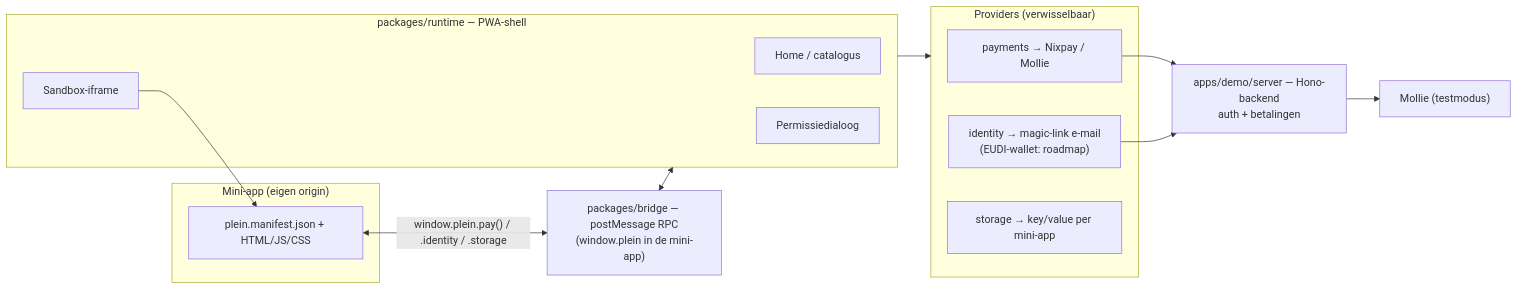
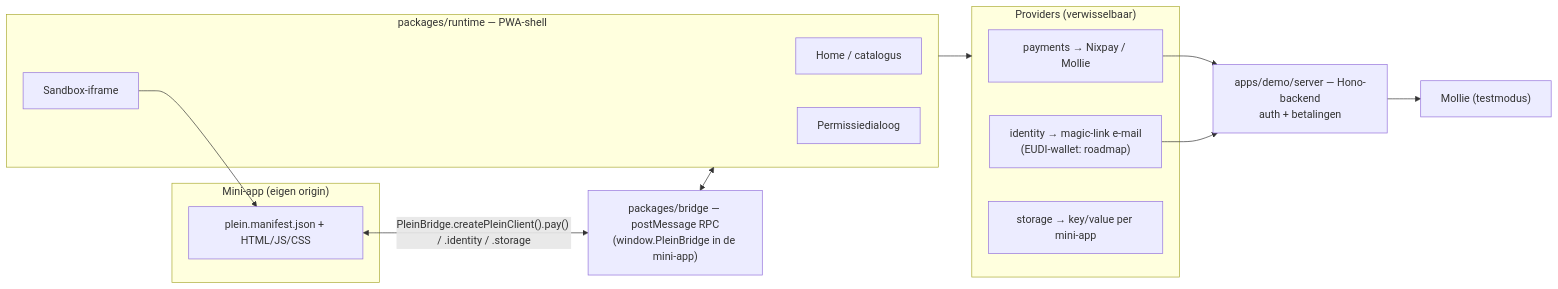
Before and after one commit to nixpayeu/openplein: the diagram in README.md, drawn with Mermaid. The commit also changed 2 other files, not shown here.

Commit message:
docs: PleinBridge-global en exact sandbox-attribuut gecorrigeerd

````diff
--- a/README.md
+++ b/README.md
@@ -34,26 +34,26 @@
 ```mermaid
 flowchart LR
     subgraph Shell["packages/runtime — PWA-shell"]
         Home["Home / catalogus"]
         PermDialog["Permissiedialoog"]
         MiniAppView["Sandbox-iframe"]
     end
     subgraph MiniApp["Mini-app (eigen origin)"]
         App["plein.manifest.json + HTML/JS/CSS"]
     end
-    Bridge["packages/bridge — postMessage RPC\n(window.plein in de mini-app)"]
+    Bridge["packages/bridge — postMessage RPC\n(window.PleinBridge in de mini-app)"]
     subgraph Providers["Providers (verwisselbaar)"]
         Payments["payments → Nixpay / Mollie"]
         Identity["identity → magic-link e-mail\n(EUDI-wallet: roadmap)"]
         Storage["storage → key/value per mini-app"]
     end
     Server["apps/demo/server — Hono-backend\nauth + betalingen"]
 
-    App <-- "window.plein.pay() / .identity / .storage" --> Bridge
+    App <-- "PleinBridge.createPleinClient().pay() / .identity / .storage" --> Bridge
     Bridge <--> Shell
     MiniAppView --> App
     Shell --> Providers
     Payments --> Server
     Identity --> Server
     Server --> Mollie["Mollie (testmodus)"]
 ```
````
